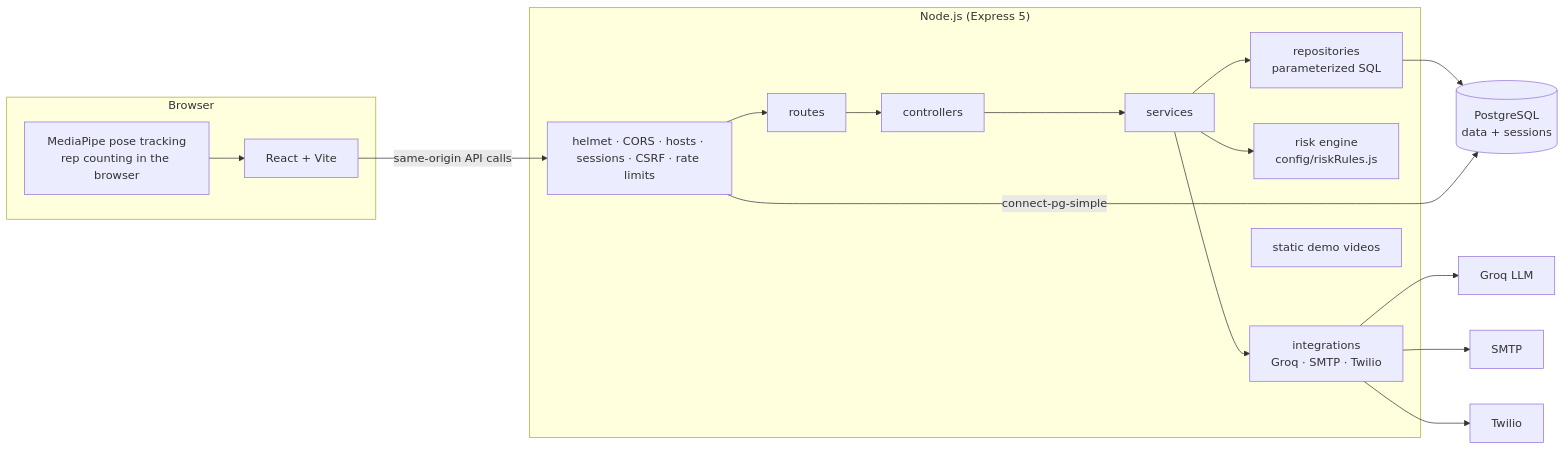
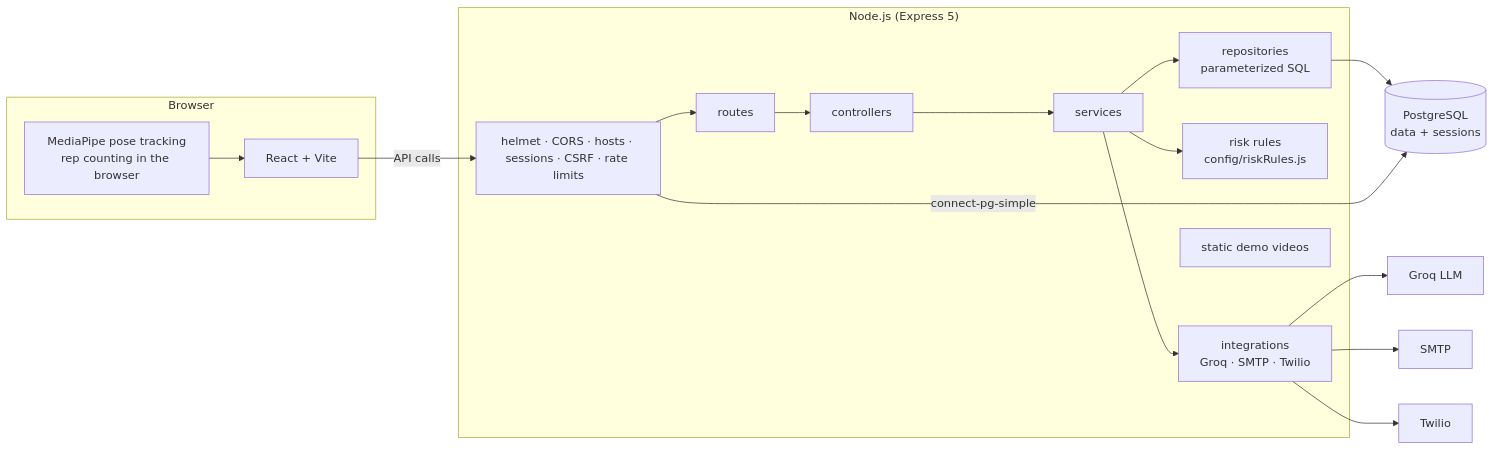
One commit to TR1CK5T4R/ReViveCare_Project changed the diagram in ReViveCare_Backend/README.md. Above: the diagram before and after it, drawn with Mermaid. The commit also changed other lines of this file and 2 other files, not shown here.

````diff
--- a/ReViveCare_Backend/README.md
+++ b/ReViveCare_Backend/README.md
@@ -23,20 +46,20 @@
 ```mermaid
 flowchart LR
   subgraph Browser
     R[React + Vite]
     MP[MediaPipe pose tracking<br/>rep counting in the browser]
   end
   subgraph "Node.js (Express 5)"
     MW[helmet · CORS · hosts · sessions · CSRF · rate limits]
     RT[routes] --> CT[controllers] --> SV[services] --> RP[repositories<br/>parameterized SQL]
-    SV --> RE[risk engine<br/>config/riskRules.js]
+    SV --> RE[risk rules<br/>config/riskRules.js]
     SV --> IN[integrations<br/>Groq · SMTP · Twilio]
     ST[static demo videos]
   end
   PG[(PostgreSQL<br/>data + sessions)]
-  R -->|same-origin API calls| MW --> RT
+  R -->|API calls| MW --> RT
   MP --> R
   RP --> PG
   MW -->|connect-pg-simple| PG
   IN --> G[Groq LLM] & E[SMTP] & T[Twilio]
 ```
````
